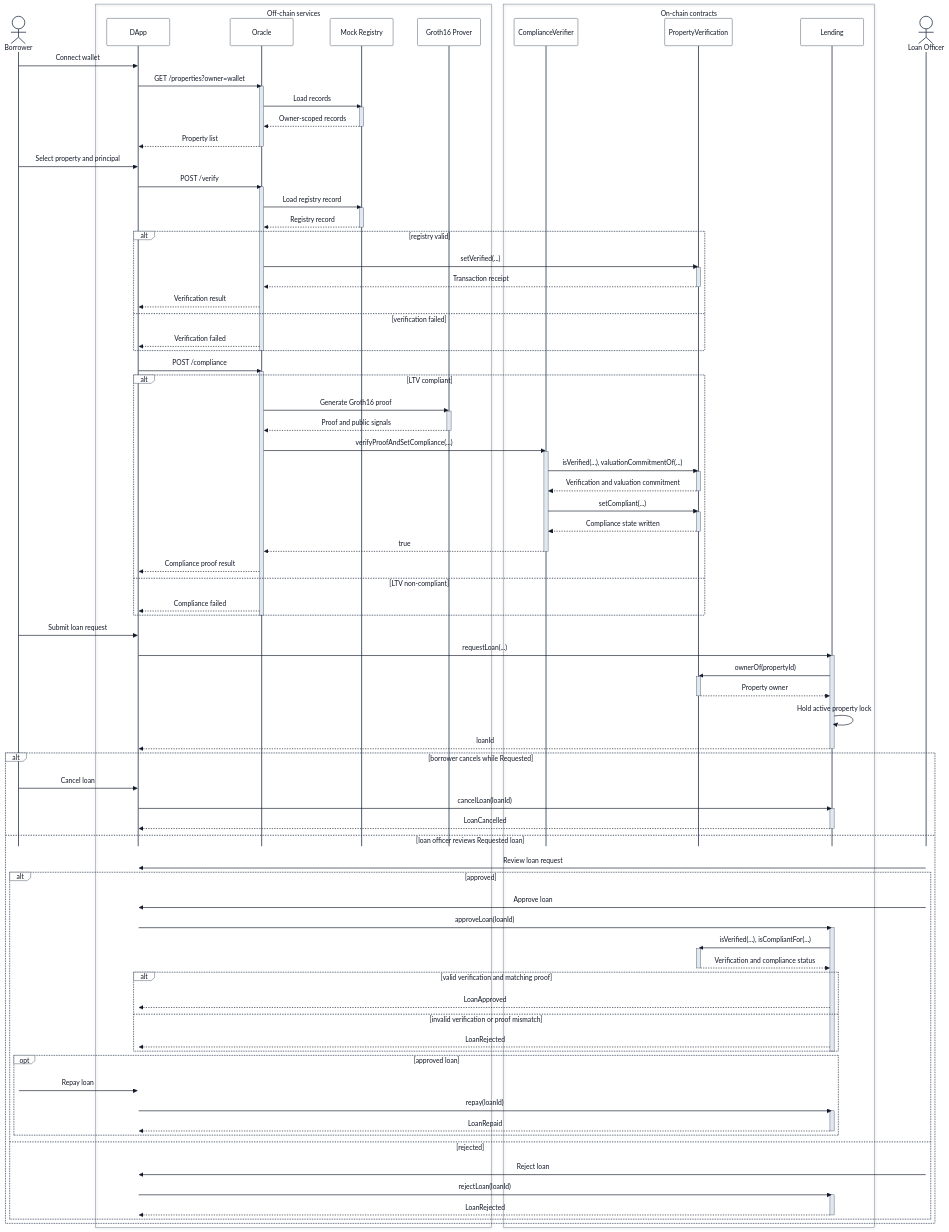
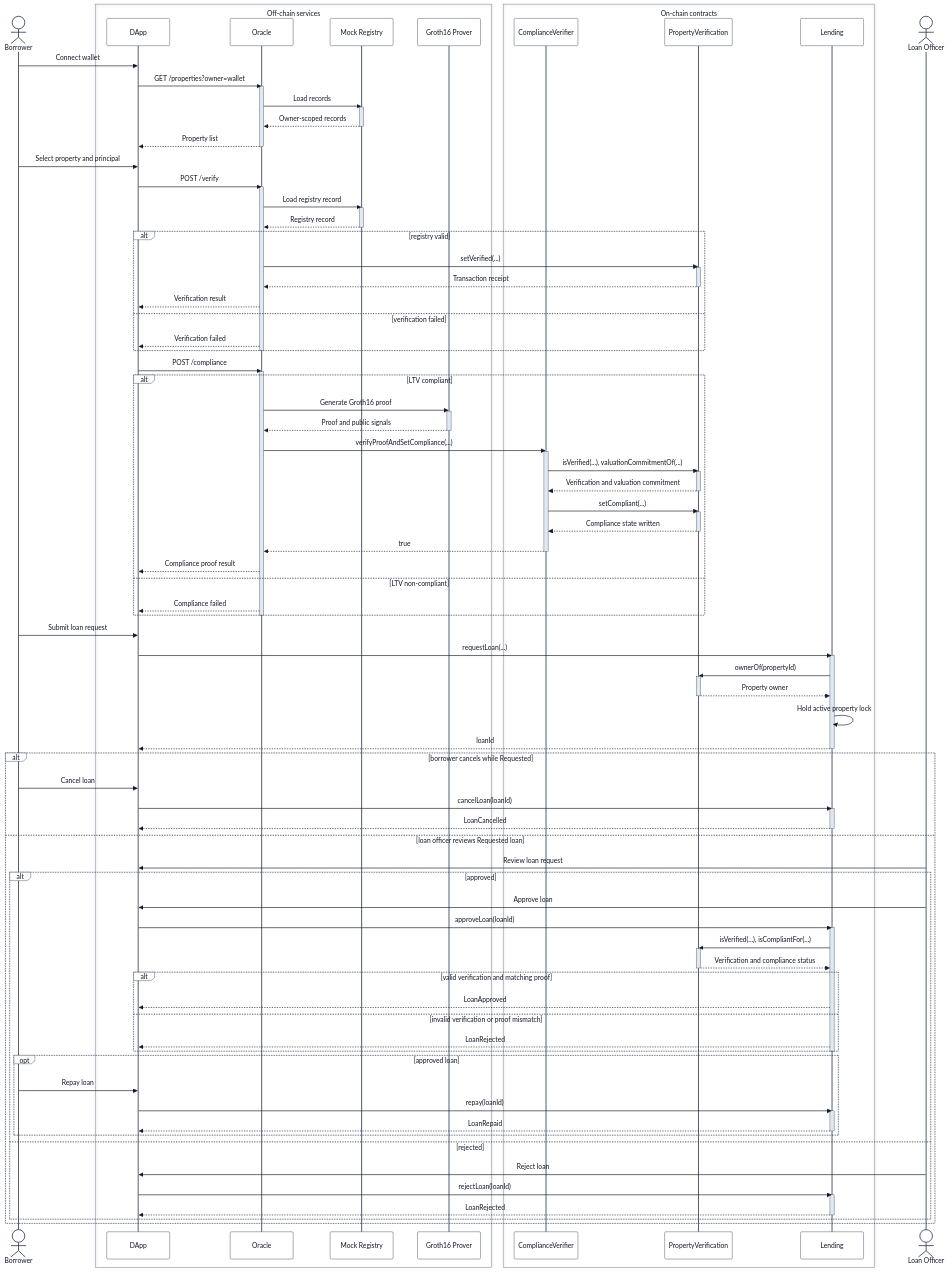
One commit to Alan42x/proofestate changed the diagram in docs/figures/05-end-to-end-data-flow.mmd. Above: the diagram before and after it, drawn with Mermaid. The commit also changed 7 other files, not shown here.

```diff
--- a/docs/figures/05-end-to-end-data-flow.mmd
+++ b/docs/figures/05-end-to-end-data-flow.mmd
@@ -1,117 +1,117 @@
-%%{init: {"theme": "base", "sequence": {"mirrorActors": false, "actorMargin": 58, "messageMargin": 46, "boxMargin": 10, "boxTextMargin": 6}, "themeVariables": {"fontFamily": "Arial", "fontSize": "15px", "primaryColor": "#ffffff", "primaryTextColor": "#111827", "primaryBorderColor": "#64748b", "lineColor": "#475569", "actorBkg": "#ffffff", "actorBorder": "#334155", "actorTextColor": "#111827", "activationBkgColor": "#e2e8f0", "activationBorderColor": "#475569", "sequenceNumberColor": "#111827"}}}%%
+%%{init: {"theme": "base", "sequence": {"mirrorActors": true, "actorMargin": 58, "messageMargin": 46, "boxMargin": 10, "boxTextMargin": 6}, "themeVariables": {"fontFamily": "Arial", "fontSize": "15px", "primaryColor": "#ffffff", "primaryTextColor": "#111827", "primaryBorderColor": "#64748b", "lineColor": "#475569", "actorBkg": "#ffffff", "actorBorder": "#334155", "actorTextColor": "#111827", "activationBkgColor": "#e2e8f0", "activationBorderColor": "#475569", "sequenceNumberColor": "#111827"}}}%%
 sequenceDiagram
   actor Borrower
   box Off-chain services
     participant DApp
     participant Oracle
     participant MockRegistry as Mock Registry
     participant Groth16Prover as Groth16 Prover
   end
   box On-chain contracts
     participant ComplianceVerifier
     participant PropertyVerification
     participant Lending
   end
   actor LoanOfficer as Loan Officer
 
   Borrower->>DApp: Connect wallet
   DApp->>Oracle: GET /properties?owner=wallet
   activate Oracle
   Oracle->>MockRegistry: Load records
   activate MockRegistry
   MockRegistry-->>Oracle: Owner-scoped records
   deactivate MockRegistry
   Oracle-->>DApp: Property list
   deactivate Oracle
   Borrower->>DApp: Select property and principal
 
   DApp->>Oracle: POST /verify
   activate Oracle
   Oracle->>MockRegistry: Load registry record
   activate MockRegistry
   MockRegistry-->>Oracle: Registry record
   deactivate MockRegistry
   alt registry valid
     Oracle->>PropertyVerification: setVerified(...)
     activate PropertyVerification
     PropertyVerification-->>Oracle: Transaction receipt
     deactivate PropertyVerification
     Oracle-->>DApp: Verification result
   else verification failed
     Oracle-->>DApp: Verification failed
   end
   deactivate Oracle
 
   DApp->>Oracle: POST /compliance
   activate Oracle
   alt LTV compliant
     Oracle->>Groth16Prover: Generate Groth16 proof
     activate Groth16Prover
     Groth16Prover-->>Oracle: Proof and public signals
     deactivate Groth16Prover
     Oracle->>ComplianceVerifier: verifyProofAndSetCompliance(...)
     activate ComplianceVerifier
     ComplianceVerifier->>PropertyVerification: isVerified(...), valuationCommitmentOf(...)
     activate PropertyVerification
     PropertyVerification-->>ComplianceVerifier: Verification and valuation commitment
     deactivate PropertyVerification
     ComplianceVerifier->>PropertyVerification: setCompliant(...)
     activate PropertyVerification
     PropertyVerification-->>ComplianceVerifier: Compliance state written
     deactivate PropertyVerification
     ComplianceVerifier-->>Oracle: true
     deactivate ComplianceVerifier
     Oracle-->>DApp: Compliance proof result
   else LTV non-compliant
     Oracle-->>DApp: Compliance failed
   end
   deactivate Oracle
 
   Borrower->>DApp: Submit loan request
   DApp->>Lending: requestLoan(...)
   activate Lending
   Lending->>PropertyVerification: ownerOf(propertyId)
   activate PropertyVerification
   PropertyVerification-->>Lending: Property owner
   deactivate PropertyVerification
   Lending->>Lending: Hold active property lock
   Lending-->>DApp: loanId
   deactivate Lending
 
   alt borrower cancels while Requested
     Borrower->>DApp: Cancel loan
     DApp->>Lending: cancelLoan(loanId)
     activate Lending
     Lending-->>DApp: LoanCancelled
     deactivate Lending
   else loan officer reviews Requested loan
     LoanOfficer->>DApp: Review loan request
     alt approved
       LoanOfficer->>DApp: Approve loan
       DApp->>Lending: approveLoan(loanId)
       activate Lending
       Lending->>PropertyVerification: isVerified(...), isCompliantFor(...)
       activate PropertyVerification
       PropertyVerification-->>Lending: Verification and compliance status
       deactivate PropertyVerification
       alt valid verification and matching proof
         Lending-->>DApp: LoanApproved
       else invalid verification or proof mismatch
         Lending-->>DApp: LoanRejected
       end
       deactivate Lending
       opt approved loan
         Borrower->>DApp: Repay loan
         DApp->>Lending: repay(loanId)
         activate Lending
         Lending-->>DApp: LoanRepaid
         deactivate Lending
       end
     else rejected
       LoanOfficer->>DApp: Reject loan
       DApp->>Lending: rejectLoan(loanId)
       activate Lending
       Lending-->>DApp: LoanRejected
       deactivate Lending
     end
   end
```
